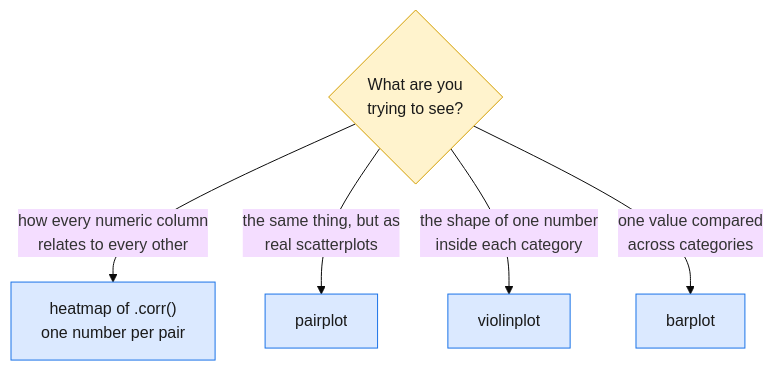
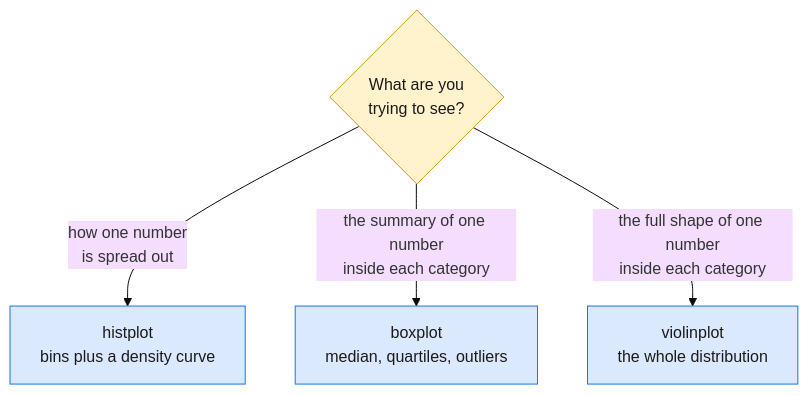
One commit to ismayc/oreilly-data-analysis-with-python changed the eighth of 10 diagrams in exercises.qmd. Above: the diagram before and after it, drawn with Mermaid. The commit also changed other lines of this file and 14 other files, not shown here.

````diff
--- a/exercises.qmd
+++ b/exercises.qmd
@@ -852,13 +682,12 @@
 ```{mermaid}
 %%| fig-cap: "Pick the seaborn plot from the question you are asking, not from the plot you feel like making."
 %%| fig-align: center
 %%{init: {'theme': 'base', 'themeVariables': {'fontSize': '16px'}, 'flowchart': {'wrappingWidth': 500}}}%%
 flowchart TD
   Q{"What are you<br/>trying to see?"}:::decision
-  Q -->|"how every numeric column<br/>relates to every other"| H["heatmap of .corr()<br/>one number per pair"]:::proc
-  Q -->|"the same thing, but as<br/>real scatterplots"| PP["pairplot"]:::proc
-  Q -->|"the shape of one number<br/>inside each category"| V["violinplot"]:::proc
-  Q -->|"one value compared<br/>across categories"| B["barplot"]:::proc
+  Q -->|"how one number<br/>is spread out"| H["histplot<br/>bins plus a density curve"]:::proc
+  Q -->|"the summary of one number<br/>inside each category"| B["boxplot<br/>median, quartiles, outliers"]:::proc
+  Q -->|"the full shape of one number<br/>inside each category"| V["violinplot<br/>the whole distribution"]:::proc
   classDef decision fill:#fff3cd,stroke:#d39e00,color:#1a1a1a
   classDef proc fill:#dbe9ff,stroke:#1a73e8,color:#1a1a1a
 ```
````
